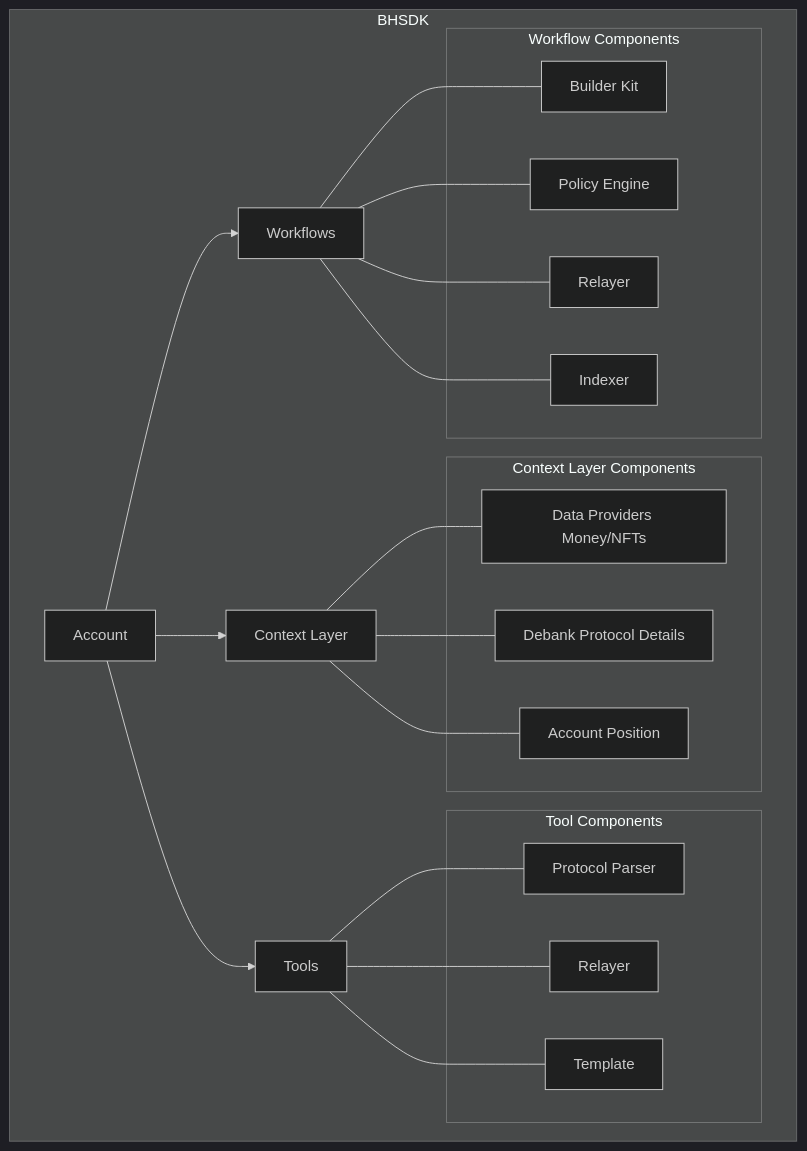
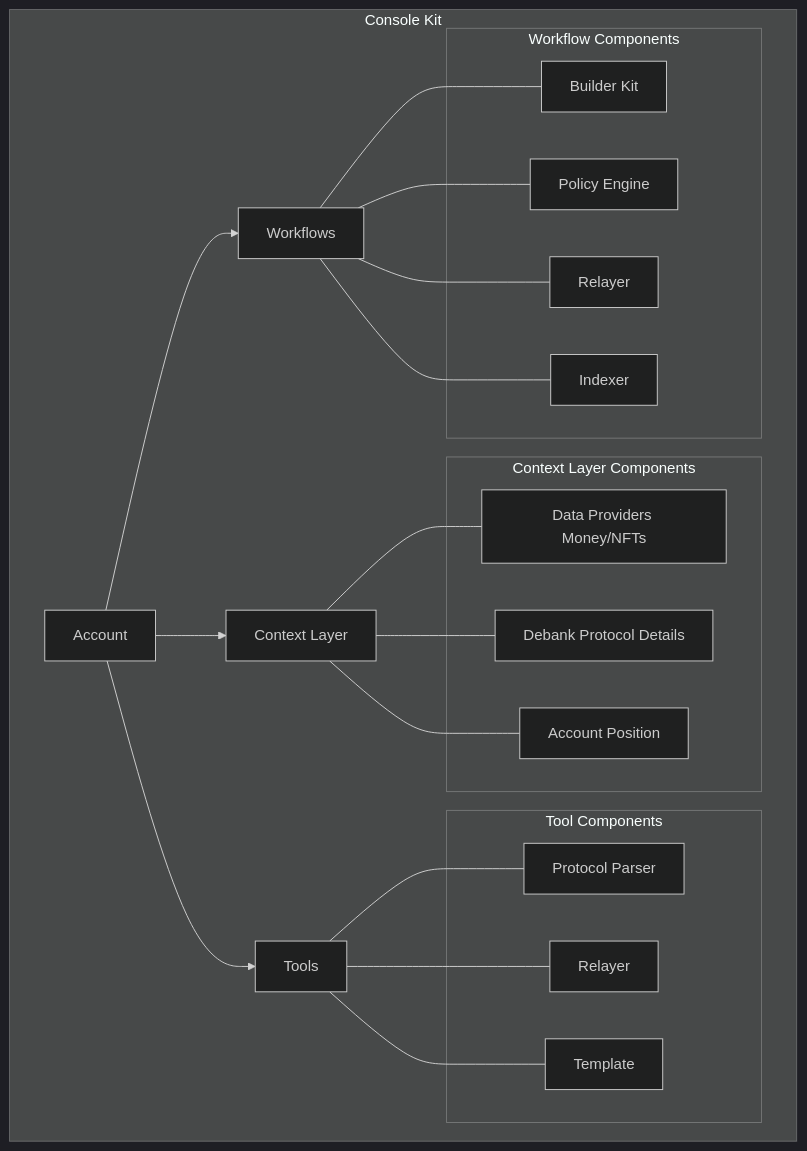
One commit to Brahma-fi/console-kit changed the diagram in README.md. Above: the diagram before and after it, drawn with Mermaid (dark theme). The commit also changed other lines of this file, not shown here.

````diff
--- a/README.md
+++ b/README.md
@@ -39,41 +39,41 @@
 ```mermaid
 graph TD
-    subgraph BHSDK
+    subgraph Console Kit
         A[Account] 
         A --> E[Tools]
         A --> D[Workflows]
         A --> C[Context Layer]
 
         subgraph Tool Components
             PP[Protocol Parser]
             R1[Relayer]
             T[Template]
         end
         
         subgraph Context Layer Components
             CL[Data Providers Money/NFTs]
             DP[Debank Protocol Details]
             AP[Account Position]
         end
         
         subgraph Workflow Components
             B2[Builder Kit]
             P[Policy Engine]
             R2[Relayer]
             I[Indexer]
         end
         
         C --- CL
         C --- DP
         C --- AP
         
         D --- P
         D --- R2
         D --- I
         D --- B2
 
         E --- PP
         E --- R1
         E --- T
     end
 ```
````
